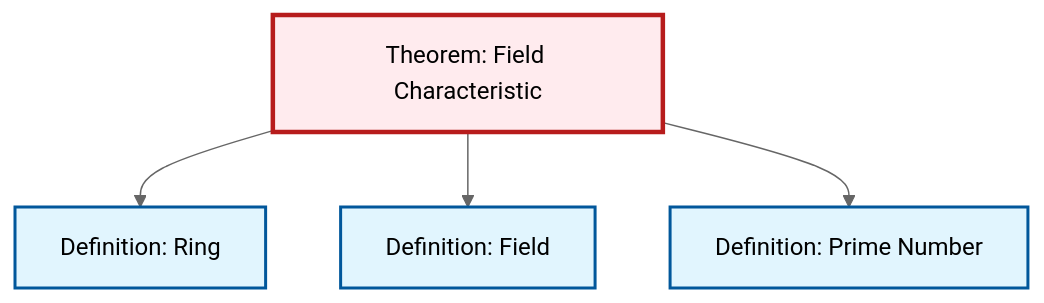
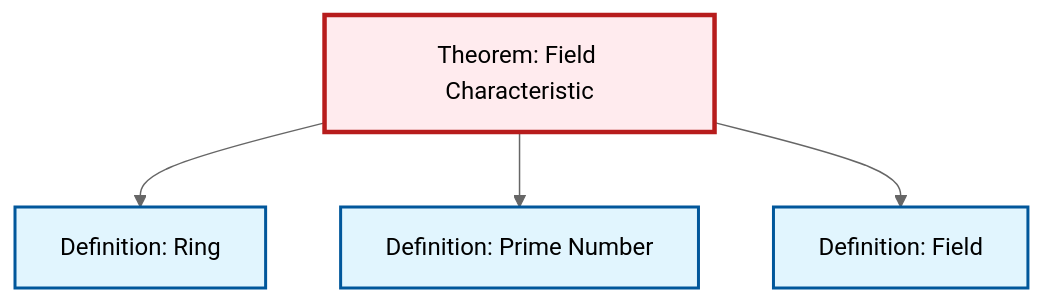
Before and after one commit to RK0429/ModernMath: the diagram in content/en/algebra/thm-field-characteristic.qmd, drawn with Mermaid (neutral theme). The commit also changed 511 other files, not shown here.

````diff
--- a/content/en/algebra/thm-field-characteristic.qmd
+++ b/content/en/algebra/thm-field-characteristic.qmd
@@ -53,21 +53,17 @@
 ```{mermaid}
 %%| fig-cap: "Local dependency graph"
 graph TD
     classDef definition fill:#e1f5fe,stroke:#01579b,stroke-width:2px
     classDef theorem fill:#f3e5f5,stroke:#4a148c,stroke-width:2px
     classDef axiom fill:#fff3e0,stroke:#e65100,stroke-width:2px
     classDef example fill:#e8f5e9,stroke:#1b5e20,stroke-width:2px
     classDef current fill:#ffebee,stroke:#b71c1c,stroke-width:3px
     def-prime["Definition: Prime Number"]:::definition
-    def-ring["Definition: Ring"]:::definition
     def-field["Definition: Field"]:::definition
     thm-field-characteristic["Theorem: Field Characteristic"]:::theorem
+    def-ring["Definition: Ring"]:::definition
     thm-field-characteristic --> def-ring
+    thm-field-characteristic --> def-prime
     thm-field-characteristic --> def-field
-    thm-field-characteristic --> def-prime
     class thm-field-characteristic current
-
-    click def-prime "def-prime.html" "Go to Prime Number definition"
-    click def-ring "def-ring.html" "Go to Ring definition"
-    click def-field "def-field.html" "Go to Field definition"
 ```
````
